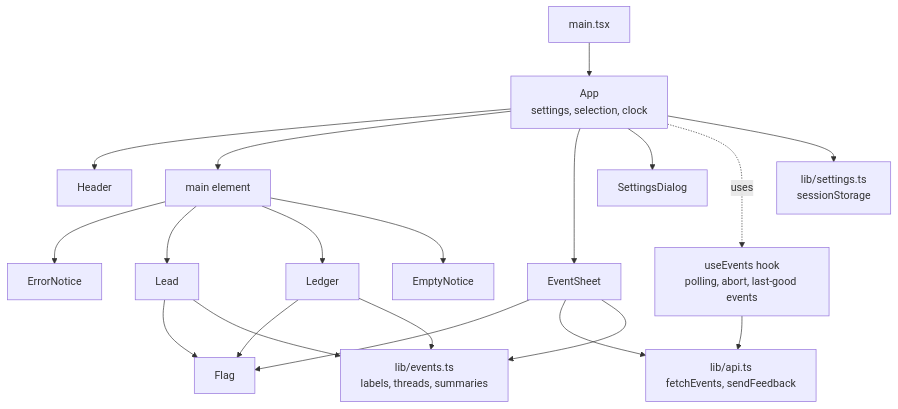
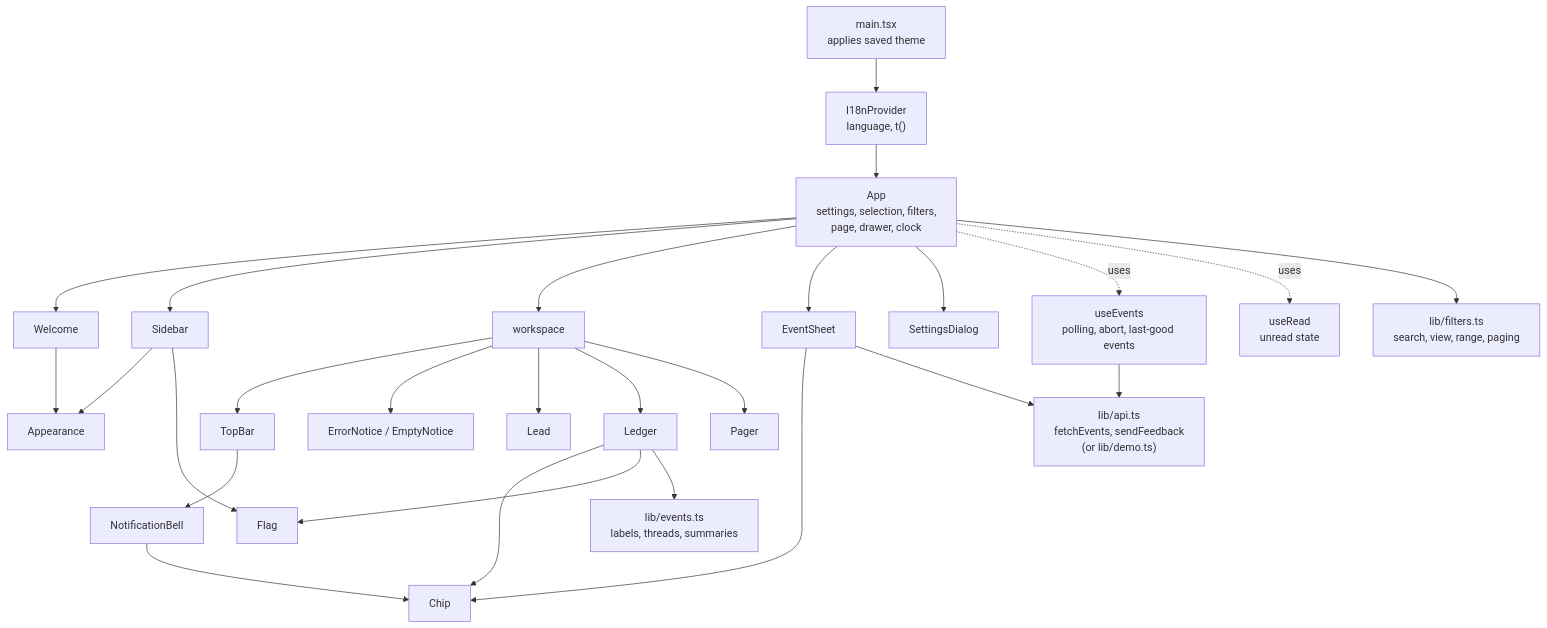
The first of 2 diagrams in docs/ui-architecture.md (rtrtarun/agentic-notification), drawn with Mermaid before and after one commit. The commit also changed other lines of this file and 37 other files, not shown here.

First line of the commit message:
feat(web): inbox redesign with search, unread, bell, colour themes and English/Spanish/Hindi

````diff
--- a/docs/ui-architecture.md
+++ b/docs/ui-architecture.md
@@ -48,22 +51,29 @@
 ```mermaid
 flowchart TD
-    Main["main.tsx"] --> App
-    App["App<br/>settings, selection, clock"] --> Header
-    App --> Main2["main element"]
+    Main["main.tsx<br/>applies saved theme"] --> I18n["I18nProvider<br/>language, t()"]
+    I18n --> App
+    App["App<br/>settings, selection, filters,<br/>page, drawer, clock"] --> Welcome
+    App --> Sidebar
+    App --> Workspace["workspace"]
     App --> EventSheet
     App --> SettingsDialog
-    Main2 --> ErrorNotice
-    Main2 --> Lead
-    Main2 --> Ledger
-    Main2 --> EmptyNotice
-    Lead --> Flag
+    Welcome --> Appearance
+    Sidebar --> Appearance
+    Sidebar --> Flag
+    Workspace --> TopBar
+    Workspace --> Notices["ErrorNotice / EmptyNotice"]
+    Workspace --> Lead
+    Workspace --> Ledger
+    Workspace --> Pager
+    TopBar --> Bell["NotificationBell"]
+    Bell --> Chip
+    Ledger --> Chip
     Ledger --> Flag
-    EventSheet --> Flag
-    App -. uses .-> useEvents["useEvents hook<br/>polling, abort, last-good events"]
-    useEvents --> api["lib/api.ts<br/>fetchEvents, sendFeedback"]
+    EventSheet --> Chip
+    App -. uses .-> useEvents["useEvents<br/>polling, abort, last-good events"]
+    App -. uses .-> useRead["useRead<br/>unread state"]
+    useEvents --> api["lib/api.ts<br/>fetchEvents, sendFeedback<br/>(or lib/demo.ts)"]
     EventSheet --> api
-    App --> settings["lib/settings.ts<br/>sessionStorage"]
-    Lead --> events["lib/events.ts<br/>labels, threads, summaries"]
-    Ledger --> events
-    EventSheet --> events
+    App --> filters["lib/filters.ts<br/>search, view, range, paging"]
+    Ledger --> events["lib/events.ts<br/>labels, threads, summaries"]
 ```
````
